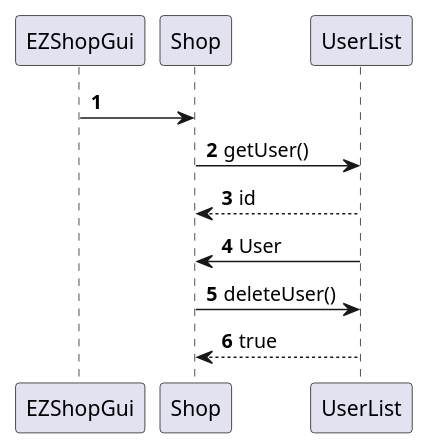
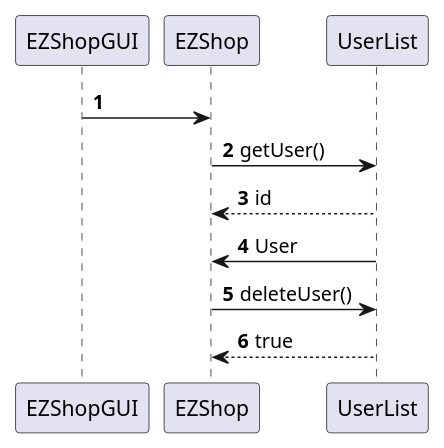
Before and after one commit to mkexc/ezshop: the sixth of 22 diagrams in Deliverables/DesignDocument.md, drawn with PlantUML. The commit also changed other lines of this file, not shown here.

````diff
--- a/Deliverables/DesignDocument.md
+++ b/Deliverables/DesignDocument.md
@@ -384,11 +281,11 @@
 ```plantuml
 @startuml
 autonumber
-EZShopGui -> Shop 
-Shop -> UserList : getUser()
-Shop <-- UserList : id
-UserList -> Shop : User
-Shop -> UserList : deleteUser()
-Shop <-- UserList : true
+EZShopGUI -> EZShop 
+EZShop -> UserList : getUser()
+EZShop <-- UserList : id
+UserList -> EZShop : User
+EZShop -> UserList : deleteUser()
+EZShop <-- UserList : true
 @enduml
 ```
````
